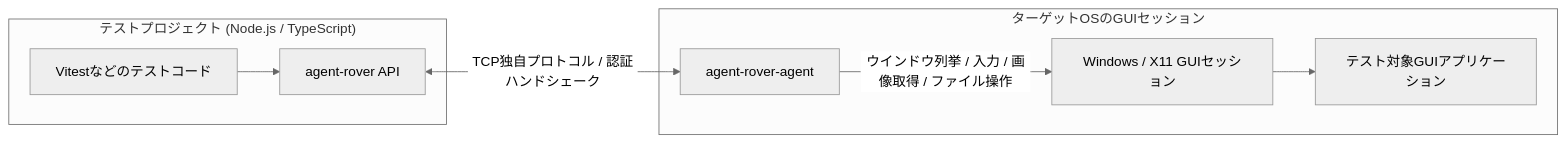
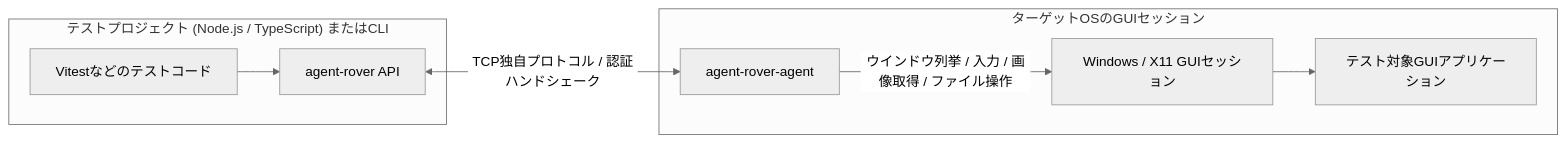
The diagram in README_ja.md (kekyo/agent-rover), drawn with Mermaid (neutral theme) before and after one commit. The commit also changed other lines of this file and 5 other files, not shown here.

````diff
--- a/README_ja.md
+++ b/README_ja.md
@@ -22,18 +23,18 @@
 ```mermaid
 flowchart LR
-  subgraph TestProject["テストプロジェクト (Node.js / TypeScript)"]
+  subgraph TestProject["テストプロジェクト (Node.js / TypeScript) またはCLI"]
     TestCode["Vitestなどのテストコード"]
     Driver["agent-rover API"]
     TestCode --> Driver
   end
 
   subgraph TargetSession["ターゲットOSのGUIセッション"]
     Agent["agent-rover-agent"]
     GuiSession["Windows / X11 GUIセッション"]
     Application["テスト対象GUIアプリケーション"]
     Agent -->|ウインドウ列挙 / 入力 / 画像取得 / ファイル操作| GuiSession
     GuiSession --> Application
   end
 
   Driver <-->|TCP独自プロトコル / 認証ハンドシェーク| Agent
 ```
````
